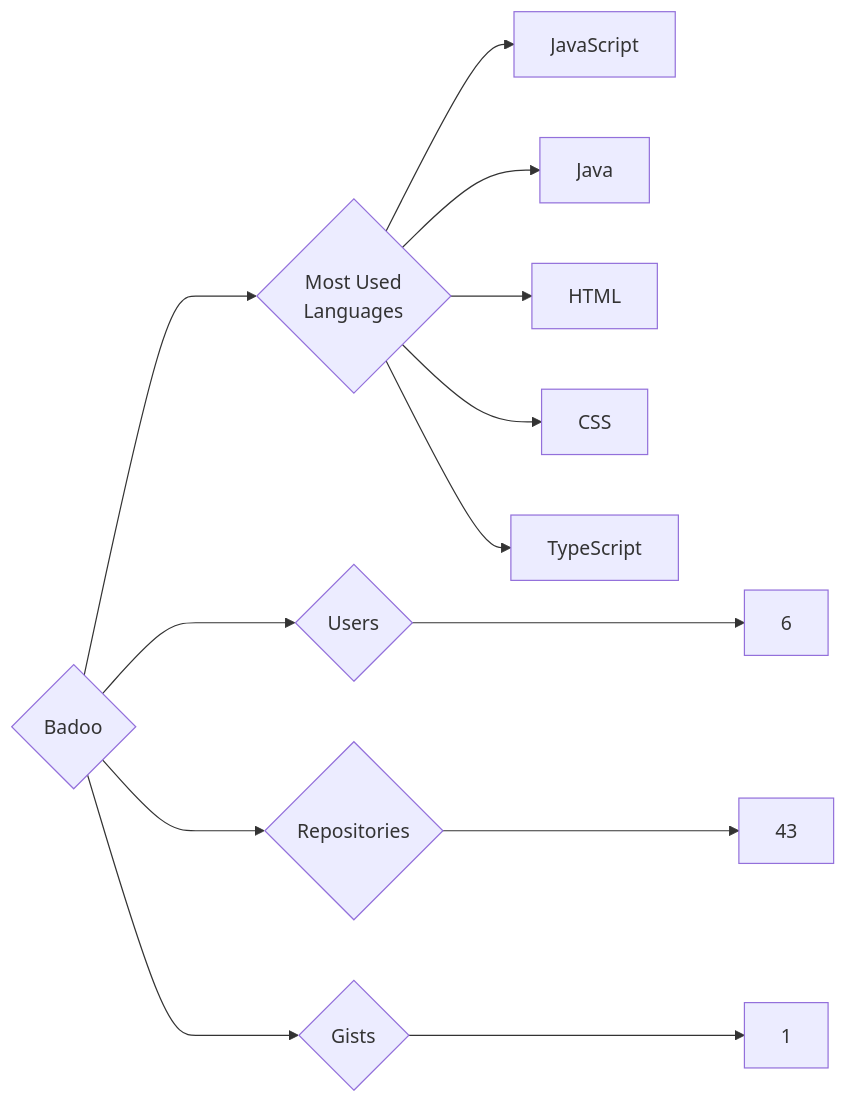
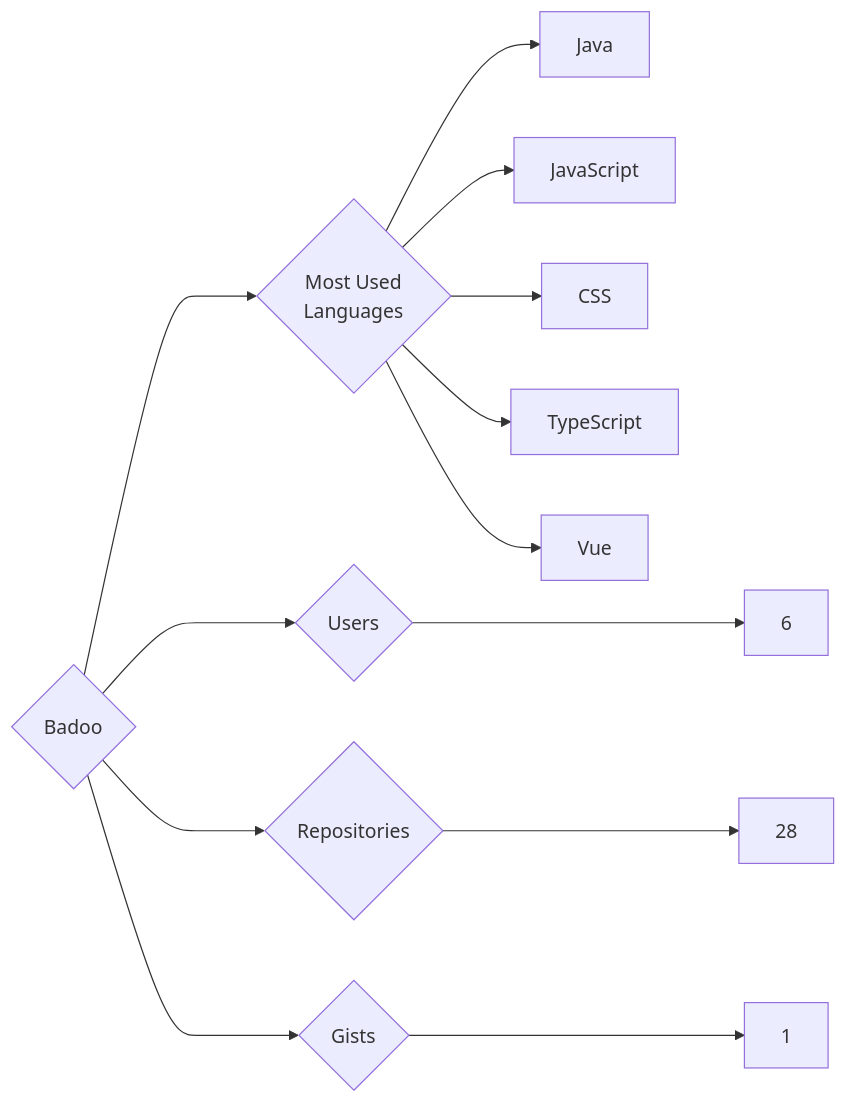
Before and after one commit to trickest/insiders: the diagram in targets/Badoo/README.md, drawn with Mermaid. The commit also changed 1078 other files, not shown here.

````diff
--- a/targets/Badoo/README.md
+++ b/targets/Badoo/README.md
@@ -3,13 +3,13 @@
 ```mermaid
 graph LR
 COMPANY_NAME{Badoo}
 COMPANY_NAME ---> U{Users} ---> UN[6]
-COMPANY_NAME ---> R{Repositories} ---> RN[43]
+COMPANY_NAME ---> R{Repositories} ---> RN[28]
 COMPANY_NAME ---> G{Gists} ---> GN[1]
 COMPANY_NAME ---> ML{Most Used<br>Languages}
+ML --> Java[Java]
 ML --> JavaScript[JavaScript]
-ML --> Java[Java]
-ML --> HTML[HTML]
 ML --> CSS[CSS]
 ML --> TypeScript[TypeScript]
+ML --> Vue[Vue]
 ```
````
